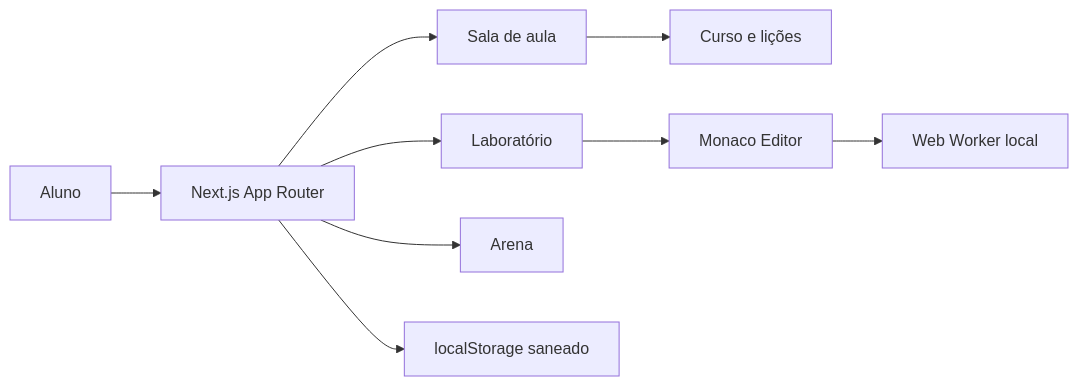
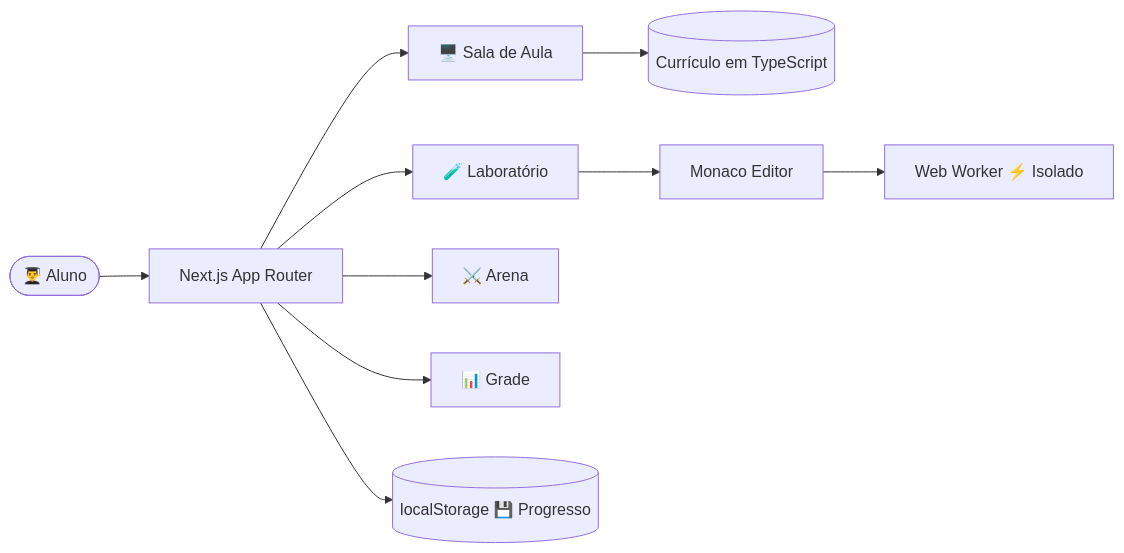
One commit to carloska24/Pratica_Back-End_Senai changed the diagram in README.md. Above: the diagram before and after it, drawn with Mermaid. The commit also changed other lines of this file, not shown here.

Commit message:
docs: README profissional com capsule-render, badges for-the-badge, roadmap e storytelling

````diff
--- a/README.md
+++ b/README.md
@@ -174,11 +278,12 @@
 ```mermaid
 flowchart LR
-    ALUNO[Aluno] --> UI[Next.js App Router]
-    UI --> AULA[Sala de aula]
-    UI --> LAB[Laboratório]
-    UI --> ARENA[Arena]
-    AULA --> CONTEUDO[Curso e lições]
-    LAB --> MONACO[Monaco Editor]
-    MONACO --> WORKER[Web Worker local]
-    UI --> PROGRESSO[localStorage saneado]
+    ALUNO(["👨‍🎓 Aluno"]) --> UI["Next.js App Router"]
+    UI --> AULA["🖥️ Sala de Aula"]
+    UI --> LAB["🧪 Laboratório"]
+    UI --> ARENA["⚔️ Arena"]
+    UI --> GRADE["📊 Grade"]
+    AULA --> CONTEUDO[("Currículo em TypeScript")]
+    LAB --> MONACO["Monaco Editor"]
+    MONACO --> WORKER["Web Worker ⚡ Isolado"]
+    UI --> LOCAL[("localStorage 💾 Progresso")]
 ```
````
